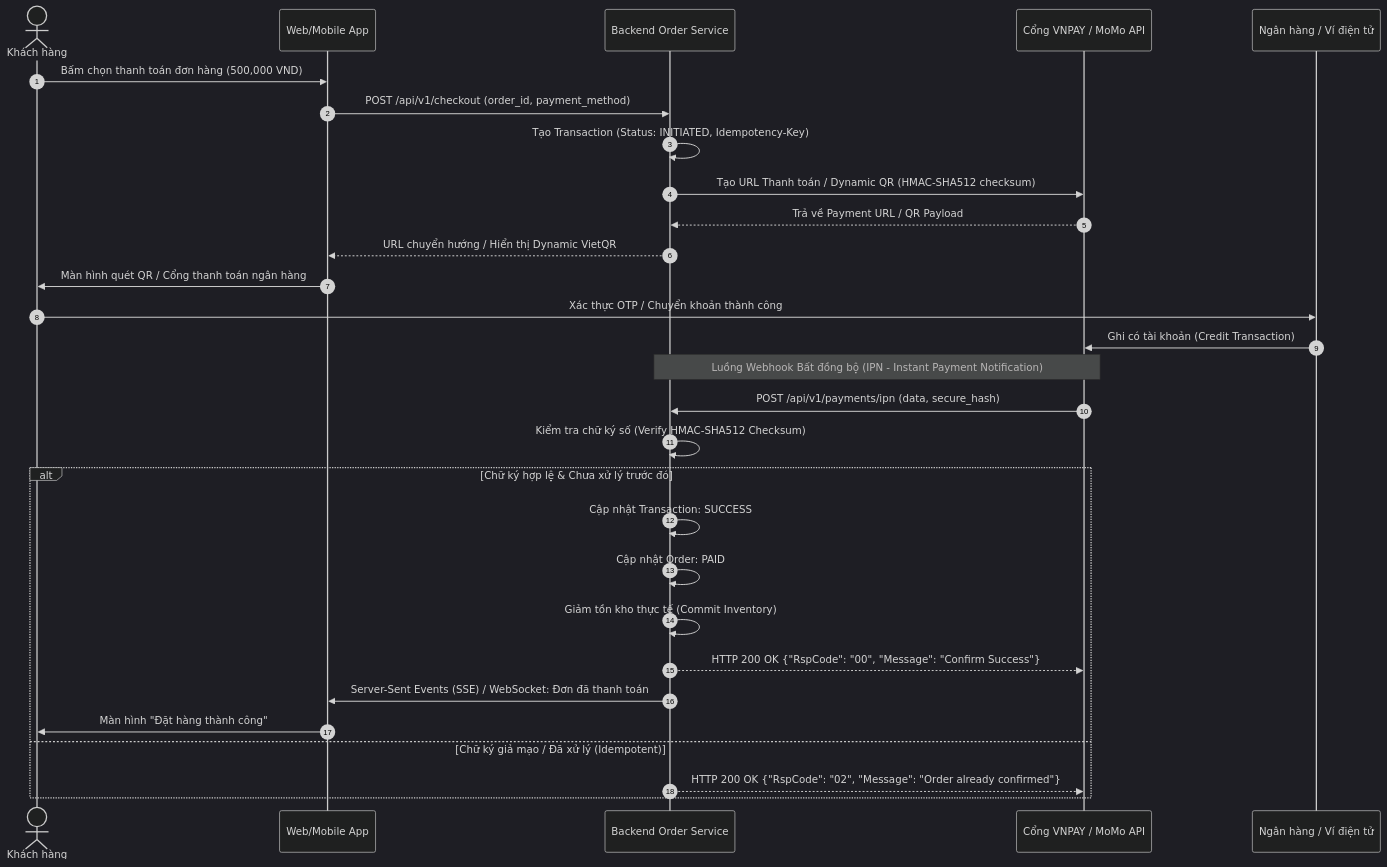
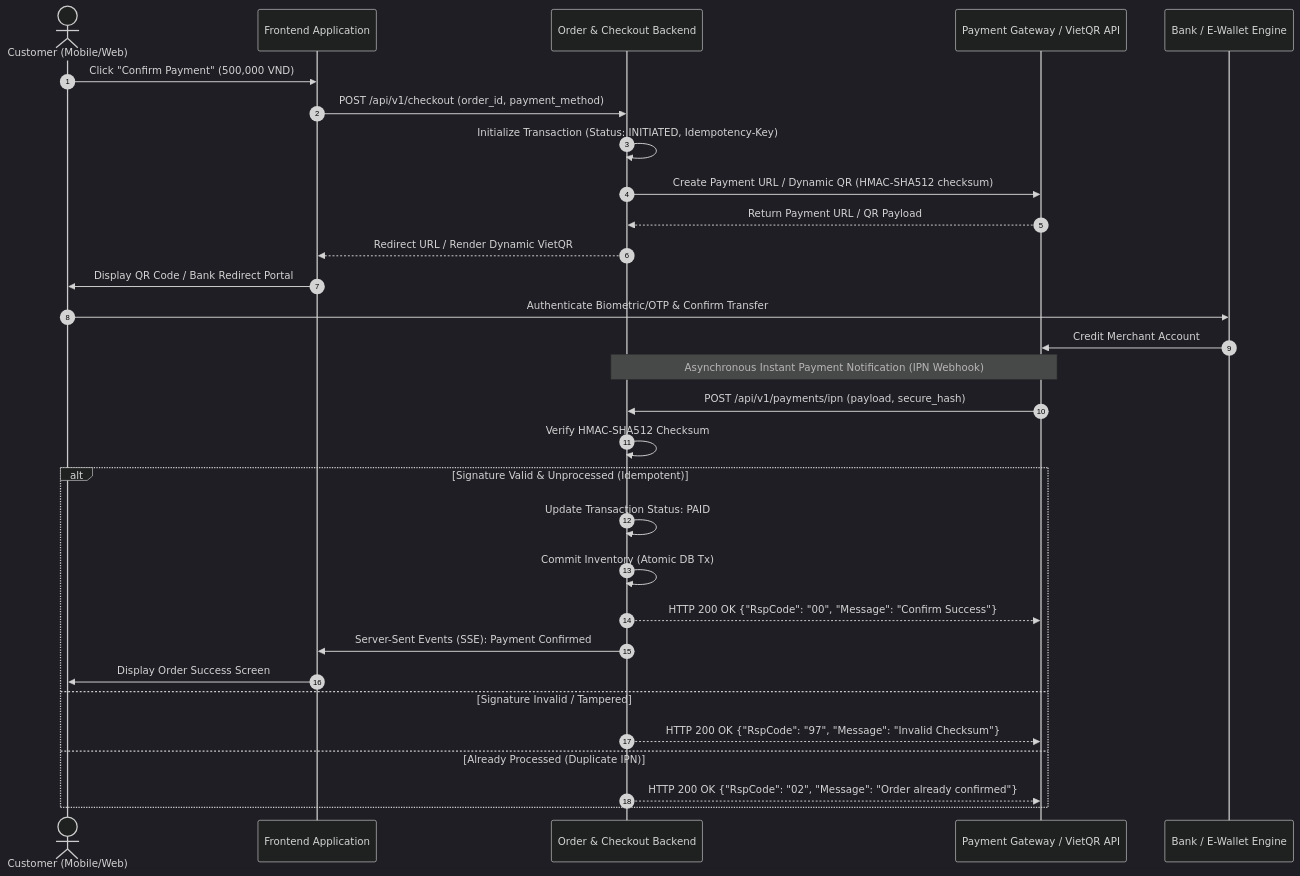
Before and after one commit to phamanhduc8577-hash/business-analyst-hub: the first of 2 diagrams in docs/05-domain-knowledge/ecommerce-retail/CASE-STUDY-VIETNAM-PAYMENTS.md, drawn with Mermaid (dark theme). The commit also changed other lines of this file and 10 other files, not shown here.

````diff
--- a/docs/05-domain-knowledge/ecommerce-retail/CASE-STUDY-VIETNAM-PAYMENTS.md
+++ b/docs/05-domain-knowledge/ecommerce-retail/CASE-STUDY-VIETNAM-PAYMENTS.md
@@ -20,35 +22,36 @@
 ```mermaid
 sequenceDiagram
     autonumber
-    actor User as Khách hàng
-    participant FE as Web/Mobile App
-    participant BE as Backend Order Service
-    participant GW as Cổng VNPAY / MoMo API
-    participant Bank as Ngân hàng / Ví điện tử
+    actor Customer as Customer (Mobile/Web)
+    participant Client as Frontend Application
+    participant OrderSvc as Order & Checkout Backend
+    participant Gateway as Payment Gateway / VietQR API
+    participant Bank as Bank / E-Wallet Engine
 
-    User->>FE: Bấm chọn thanh toán đơn hàng (500,000 VND)
-    FE->>BE: POST /api/v1/checkout (order_id, payment_method)
-    BE->>BE: Tạo Transaction (Status: INITIATED, Idempotency-Key)
-    BE->>GW: Tạo URL Thanh toán / Dynamic QR (HMAC-SHA512 checksum)
-    GW-->>BE: Trả về Payment URL / QR Payload
-    BE-->>FE: URL chuyển hướng / Hiển thị Dynamic VietQR
-    FE->>User: Màn hình quét QR / Cổng thanh toán ngân hàng
+    Customer->>Client: Click "Confirm Payment" (500,000 VND)
+    Client->>OrderSvc: POST /api/v1/checkout (order_id, payment_method)
+    OrderSvc->>OrderSvc: Initialize Transaction (Status: INITIATED, Idempotency-Key)
+    OrderSvc->>Gateway: Create Payment URL / Dynamic QR (HMAC-SHA512 checksum)
+    Gateway-->>OrderSvc: Return Payment URL / QR Payload
+    OrderSvc-->>Client: Redirect URL / Render Dynamic VietQR
+    Client->>Customer: Display QR Code / Bank Redirect Portal
     
-    User->>Bank: Xác thực OTP / Chuyển khoản thành công
-    Bank->>GW: Ghi có tài khoản (Credit Transaction)
+    Customer->>Bank: Authenticate Biometric/OTP & Confirm Transfer
+    Bank->>Gateway: Credit Merchant Account
     
-    Note over GW,BE: Luồng Webhook Bất đồng bộ (IPN - Instant Payment Notification)
-    GW->>BE: POST /api/v1/payments/ipn (data, secure_hash)
-    BE->>BE: Kiểm tra chữ ký số (Verify HMAC-SHA512 Checksum)
+    Note over Gateway,OrderSvc: Asynchronous Instant Payment Notification (IPN Webhook)
+    Gateway->>OrderSvc: POST /api/v1/payments/ipn (payload, secure_hash)
+    OrderSvc->>OrderSvc: Verify HMAC-SHA512 Checksum
     
-    alt Chữ ký hợp lệ & Chưa xử lý trước đó
-        BE->>BE: Cập nhật Transaction: SUCCESS
-        BE->>BE: Cập nhật Order: PAID
-        BE->>BE: Giảm tồn kho thực tế (Commit Inventory)
-        BE-->>GW: HTTP 200 OK {"RspCode": "00", "Message": "Confirm Success"}
-        BE->>FE: Server-Sent Events (SSE) / WebSocket: Đơn đã thanh toán
-        FE->>User: Màn hình "Đặt hàng thành công"
-    else Chữ ký giả mạo / Đã xử lý (Idempotent)
-        BE-->>GW: HTTP 200 OK {"RspCode": "02", "Message": "Order already confirmed"}
+    alt Signature Valid & Unprocessed (Idempotent)
+        OrderSvc->>OrderSvc: Update Transaction Status: PAID
+        OrderSvc->>OrderSvc: Commit Inventory (Atomic DB Tx)
+        OrderSvc-->>Gateway: HTTP 200 OK {"RspCode": "00", "Message": "Confirm Success"}
+        OrderSvc->>Client: Server-Sent Events (SSE): Payment Confirmed
+        Client->>Customer: Display Order Success Screen
+    else Signature Invalid / Tampered
+        OrderSvc-->>Gateway: HTTP 200 OK {"RspCode": "97", "Message": "Invalid Checksum"}
+    else Already Processed (Duplicate IPN)
+        OrderSvc-->>Gateway: HTTP 200 OK {"RspCode": "02", "Message": "Order already confirmed"}
     end
 ```
````
